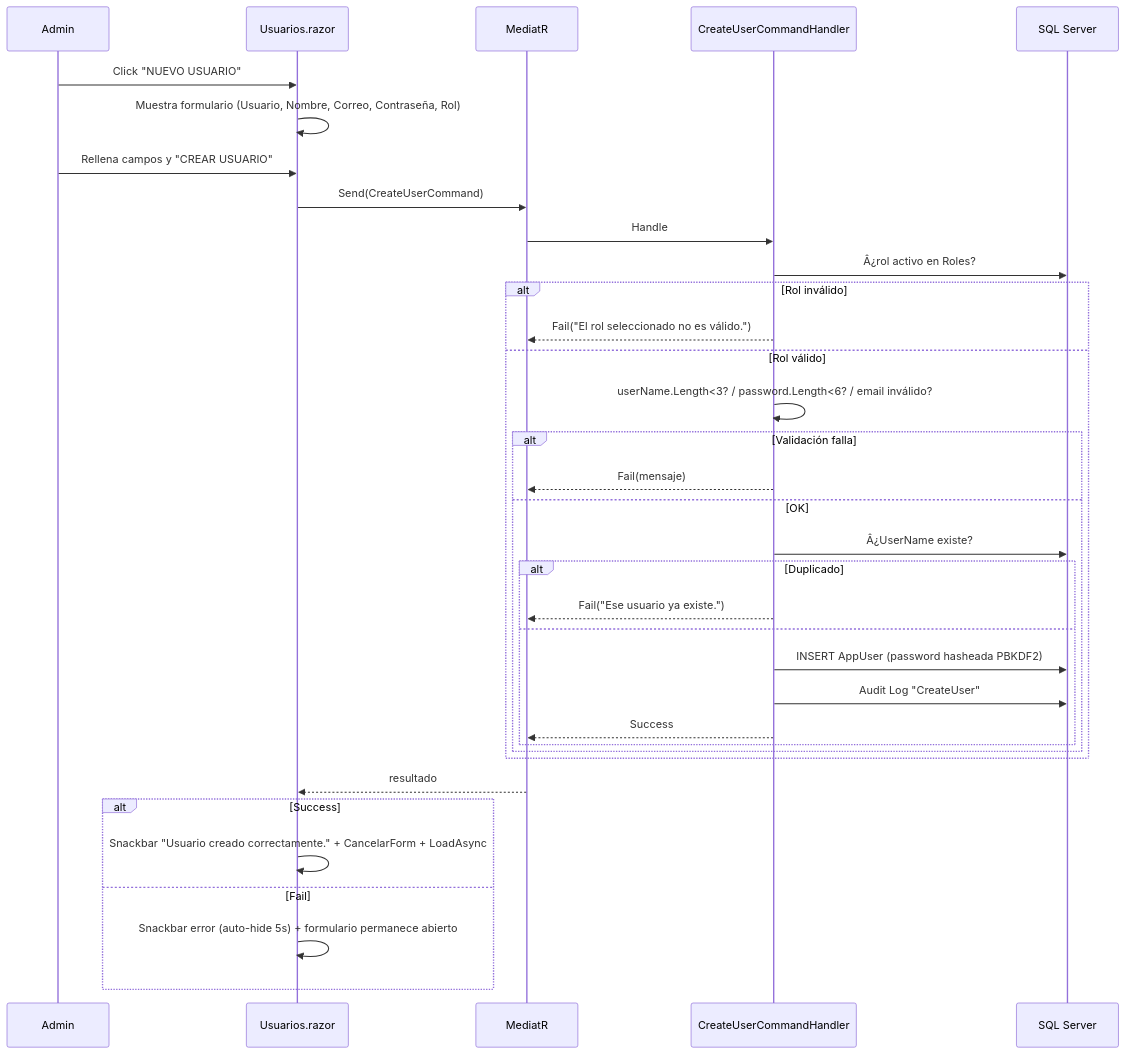
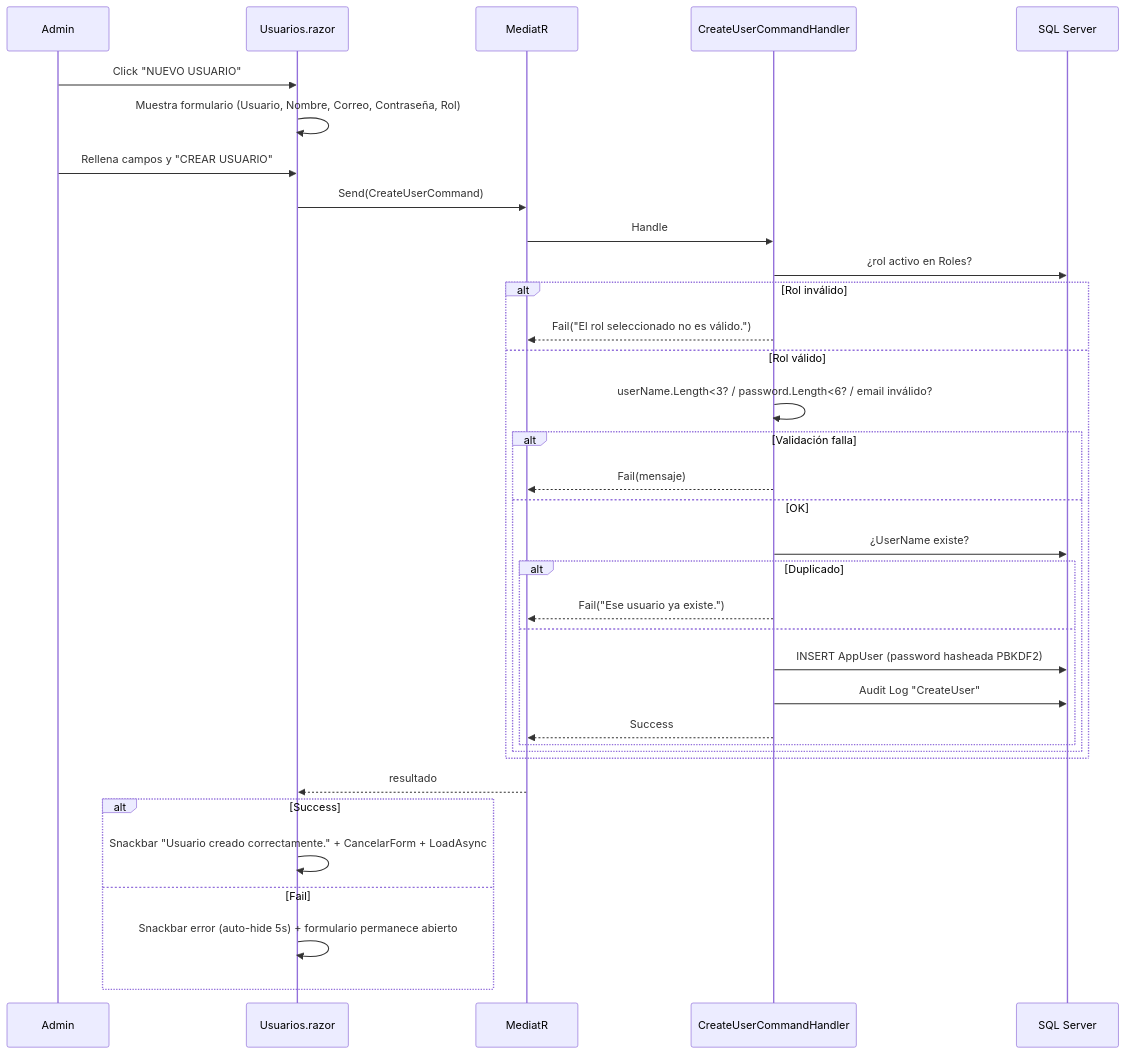
The fourth of 11 diagrams in docs/diagramas.md (adrian-silva-uy/guarino), drawn with Mermaid before and after one commit. The commit also changed other lines of this file, not shown here.

Commit message:
Fix: corrige mojibake (Â¿ -> ¿) en diagrama 'Flujo de filtro IA por rol' y verifica todos los .md

````diff
--- a/docs/diagramas.md
+++ b/docs/diagramas.md
@@ -119,38 +119,38 @@
 ```mermaid
 sequenceDiagram
     participant A as Admin
     participant P as Usuarios.razor
     participant M as MediatR
     participant H as CreateUserCommandHandler
     participant DB as SQL Server
 
     A->>P: Click "NUEVO USUARIO"
     P->>P: Muestra formulario (Usuario, Nombre, Correo, Contraseña, Rol)
     A->>P: Rellena campos y "CREAR USUARIO"
     P->>M: Send(CreateUserCommand)
     M->>H: Handle
-    H->>DB: Â¿rol activo en Roles?
+    H->>DB: ¿rol activo en Roles?
     alt Rol inválido
         H-->>M: Fail("El rol seleccionado no es válido.")
     else Rol válido
         H->>H: userName.Length<3? / password.Length<6? / email inválido?
         alt Validación falla
             H-->>M: Fail(mensaje)
         else OK
-            H->>DB: Â¿UserName existe?
+            H->>DB: ¿UserName existe?
             alt Duplicado
                 H-->>M: Fail("Ese usuario ya existe.")
             else
                 H->>DB: INSERT AppUser (password hasheada PBKDF2)
                 H->>DB: Audit Log "CreateUser"
                 H-->>M: Success
             end
         end
     end
     M-->>P: resultado
     alt Success
         P->>P: Snackbar "Usuario creado correctamente." + CancelarForm + LoadAsync
     else Fail
         P->>P: Snackbar error (auto-hide 5s) + formulario permanece abierto
     end
 ```
````
